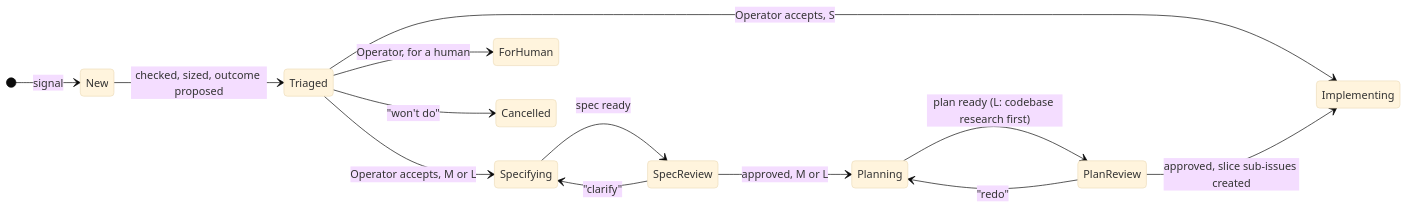
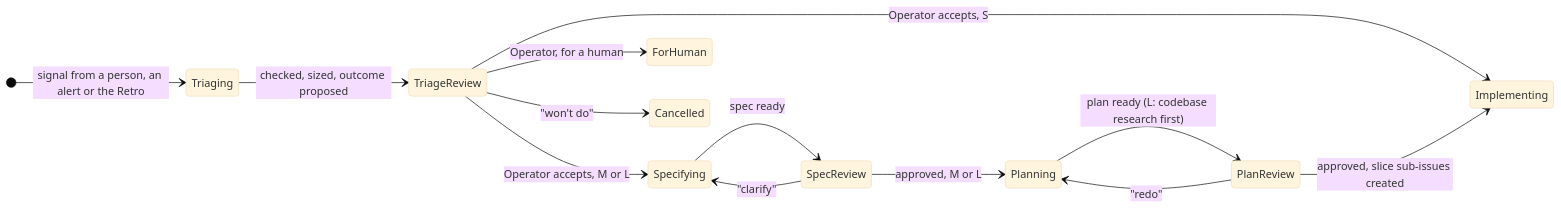
One commit to redikultsev/agentic-sdlc-atlas changed the first of 2 diagrams in docs/states.md. Above: the diagram before and after it, drawn with Mermaid (base theme). The commit also changed other lines of this file and 5 other files, not shown here.

Commit message:
States: name by who holds the item (Triaging, TriageReview), swimlane state machine slide

````diff
--- a/docs/states.md
+++ b/docs/states.md
@@ -7,16 +7,16 @@
 ```mermaid
 stateDiagram-v2
   direction LR
-  [*] --> New: signal
-  New --> Triaged: checked, sized, outcome proposed
-  Triaged --> Implementing: Operator accepts, S
-  Triaged --> Specifying: Operator accepts, M or L
-  Triaged --> ForHuman: Operator, for a human
-  Triaged --> Cancelled: "won't do"
+  [*] --> Triaging: signal from a person, an alert or the Retro
+  Triaging --> TriageReview: checked, sized, outcome proposed
+  TriageReview --> Implementing: Operator accepts, S
+  TriageReview --> Specifying: Operator accepts, M or L
+  TriageReview --> ForHuman: Operator, for a human
+  TriageReview --> Cancelled: "won't do"
   Specifying --> SpecReview: spec ready
   SpecReview --> Specifying: "clarify"
   SpecReview --> Planning: approved, M or L
   Planning --> PlanReview: plan ready (L: codebase research first)
   PlanReview --> Planning: "redo"
   PlanReview --> Implementing: approved, slice sub-issues created
 ```
````
